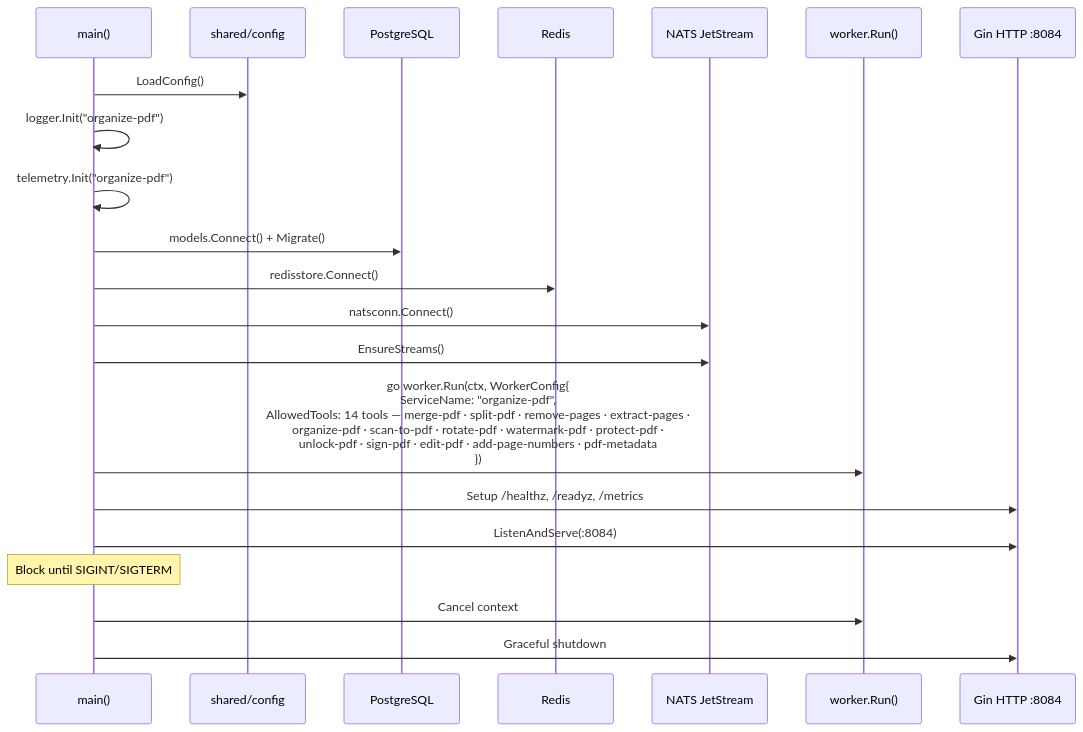
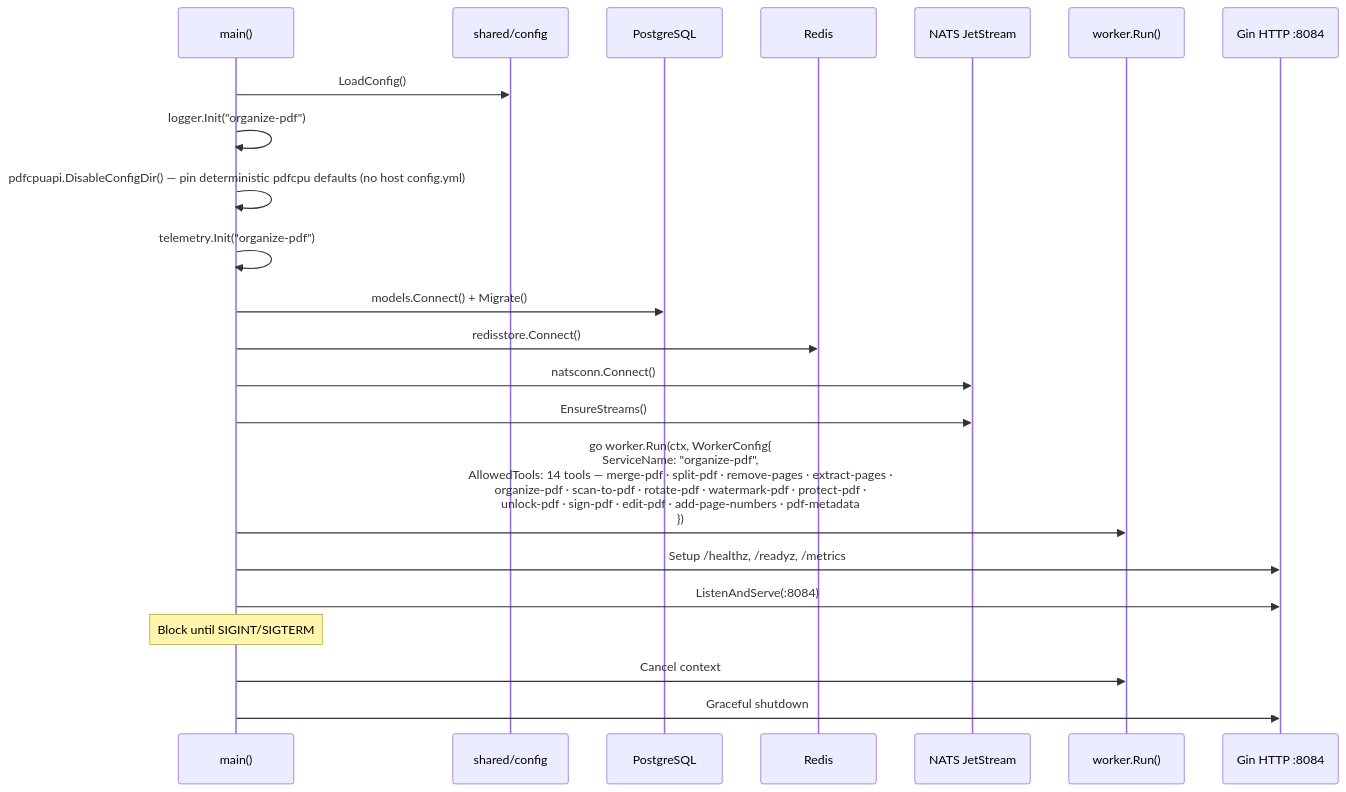
The seventh of 10 diagrams in docs/developer/mermaid/service-organize-pdf-sequence.md (code-farms/fyredocs_backend), drawn with Mermaid before and after one commit. The commit also changed other lines of this file and 15 other files, not shown here.

````diff
--- a/docs/developer/mermaid/service-organize-pdf-sequence.md
+++ b/docs/developer/mermaid/service-organize-pdf-sequence.md
@@ -208,27 +208,28 @@
 ```mermaid
 sequenceDiagram
     participant Main as main()
     participant Config as shared/config
     participant DB as PostgreSQL
     participant Redis
     participant NATS as NATS JetStream
     participant Worker as worker.Run()
     participant Gin as Gin HTTP :8084
 
     Main->>Config: LoadConfig()
     Main->>Main: logger.Init("organize-pdf")
+    Main->>Main: pdfcpuapi.DisableConfigDir() — pin deterministic pdfcpu defaults (no host config.yml)
     Main->>Main: telemetry.Init("organize-pdf")
     Main->>DB: models.Connect() + Migrate()
     Main->>Redis: redisstore.Connect()
     Main->>NATS: natsconn.Connect()
     Main->>NATS: EnsureStreams()
 
     Main->>Worker: go worker.Run(ctx, WorkerConfig{<br/>  ServiceName: "organize-pdf",<br/>  AllowedTools: 14 tools — merge-pdf · split-pdf · remove-pages · extract-pages ·<br/>  organize-pdf · scan-to-pdf · rotate-pdf · watermark-pdf · protect-pdf ·<br/>  unlock-pdf · sign-pdf · edit-pdf · add-page-numbers · pdf-metadata<br/>})
 
     Main->>Gin: Setup /healthz, /readyz, /metrics
     Main->>Gin: ListenAndServe(:8084)
 
     Note over Main: Block until SIGINT/SIGTERM
     Main->>Worker: Cancel context
     Main->>Gin: Graceful shutdown
 ```
````
